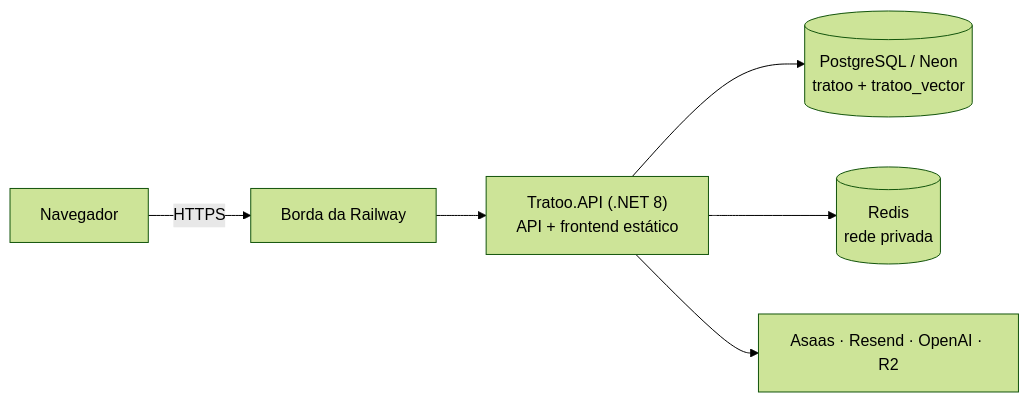
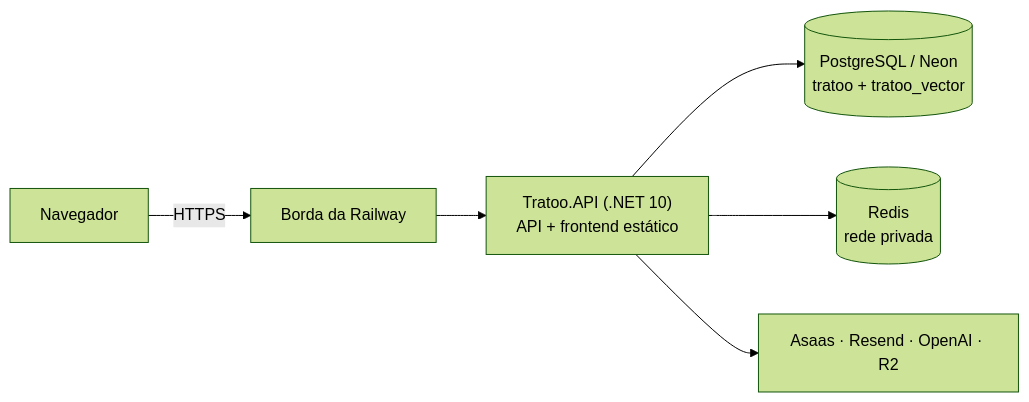
The first of 2 diagrams in README.md (Gustavo-C-almeida/tratoo), drawn with Mermaid (forest theme) before and after one commit. The commit also changed other lines of this file and 2 other files, not shown here.

First line of the commit message:
docs: .NET 10 na ARQUITETURA, no CICD e no README

````diff
--- a/README.md
+++ b/README.md
@@ -76,8 +76,8 @@
 ```mermaid
 flowchart LR
     B["Navegador"] -->|HTTPS| R["Borda da Railway"]
-    R --> API["Tratoo.API (.NET 8)<br/>API + frontend estático"]
+    R --> API["Tratoo.API (.NET 10)<br/>API + frontend estático"]
     API --> PG[("PostgreSQL / Neon<br/>tratoo + tratoo_vector")]
     API --> RD[("Redis<br/>rede privada")]
     API --> EXT["Asaas · Resend · OpenAI · R2"]
 ```
````
